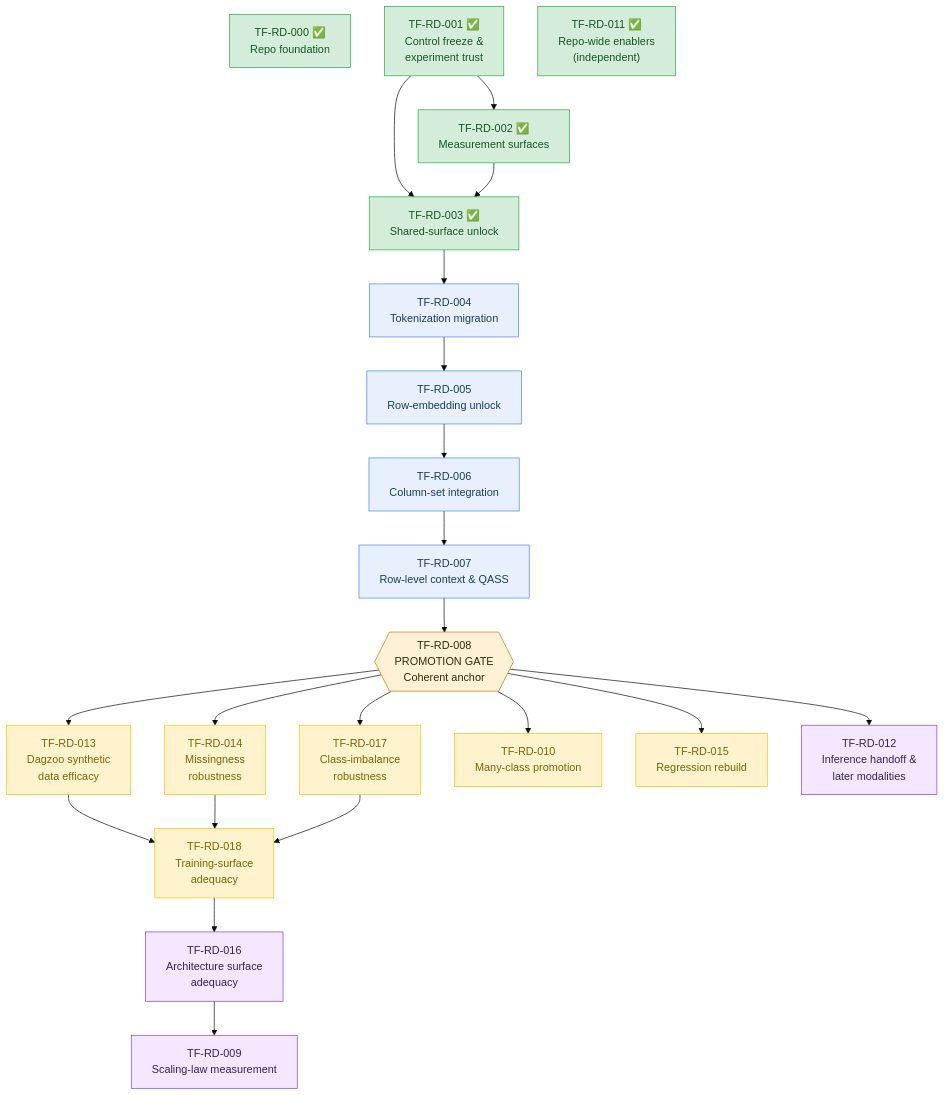
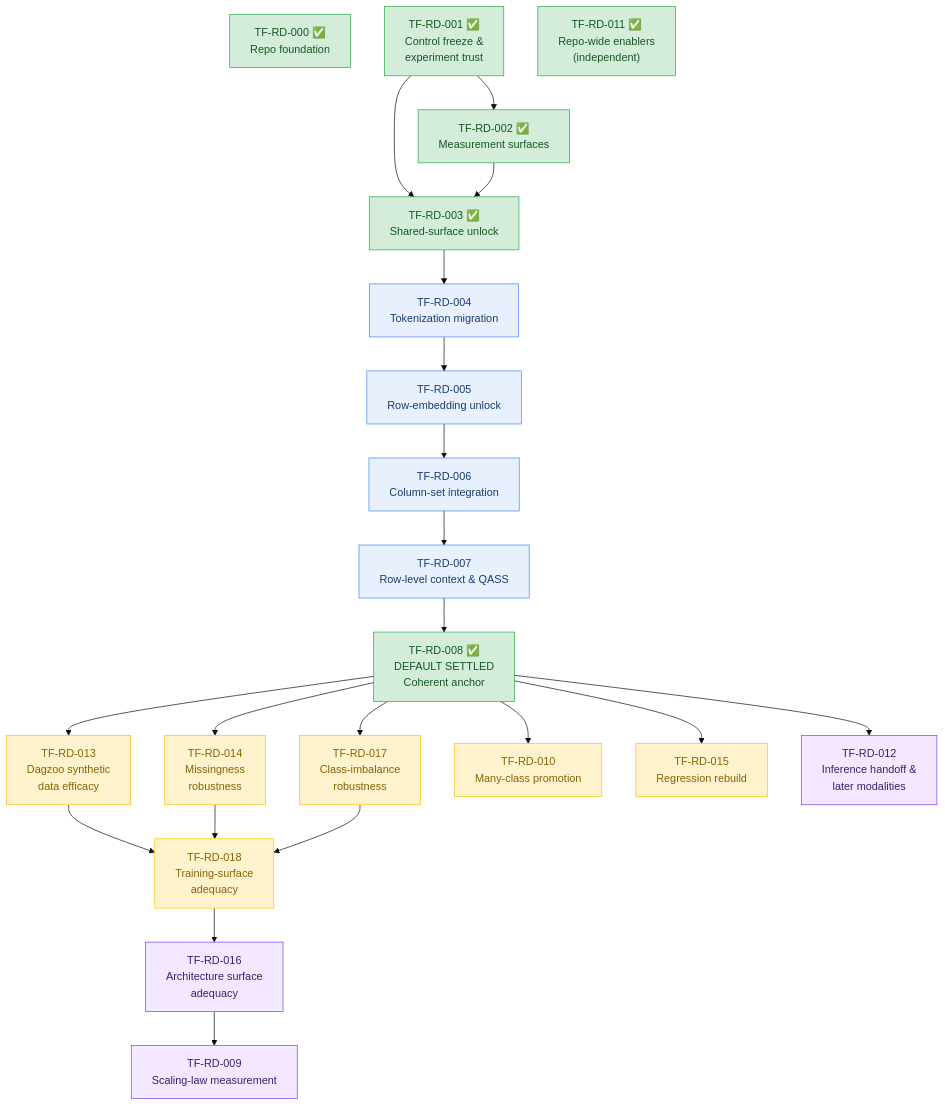
Before and after one commit to bensonlee5/tab-foundry: the diagram in docs/development/roadmap.md, drawn with Mermaid (base theme). The commit also changed other lines of this file and 26 other files, not shown here.

````diff
--- a/docs/development/roadmap.md
+++ b/docs/development/roadmap.md
@@ -128,56 +129,55 @@
 ```mermaid
 flowchart TD
     RD000["TF-RD-000 ✅<br/>Repo foundation"]
 
     RD001["TF-RD-001 ✅<br/>Control freeze &<br/>experiment trust"]
     RD002["TF-RD-002 ✅<br/>Measurement surfaces"]
     RD011["TF-RD-011 ✅<br/>Repo-wide enablers<br/>(independent)"]
 
     RD003["TF-RD-003 ✅<br/>Shared-surface unlock"]
     RD004["TF-RD-004<br/>Tokenization migration"]
     RD005["TF-RD-005<br/>Row-embedding unlock"]
     RD006["TF-RD-006<br/>Column-set integration"]
     RD007["TF-RD-007<br/>Row-level context & QASS"]
-    RD008{{"TF-RD-008<br/>PROMOTION GATE<br/>Coherent anchor"}}
+    RD008["TF-RD-008 ✅<br/>DEFAULT SETTLED<br/>Coherent anchor"]
     RD013["TF-RD-013<br/>Dagzoo synthetic<br/>data efficacy"]
     RD014["TF-RD-014<br/>Missingness<br/>robustness"]
     RD017["TF-RD-017<br/>Class-imbalance<br/>robustness"]
     RD018["TF-RD-018<br/>Training-surface<br/>adequacy"]
     RD010["TF-RD-010<br/>Many-class promotion"]
     RD015["TF-RD-015<br/>Regression rebuild"]
     RD016["TF-RD-016<br/>Architecture surface<br/>adequacy"]
     RD009["TF-RD-009<br/>Scaling-law measurement"]
     RD012["TF-RD-012<br/>Inference handoff &<br/>later modalities"]
 
     RD001 --> RD002
     RD001 --> RD003
     RD002 --> RD003
     RD003 --> RD004
     RD004 --> RD005
     RD005 --> RD006
     RD006 --> RD007
     RD007 --> RD008
     RD008 --> RD013
     RD008 --> RD014
     RD008 --> RD017
     RD013 --> RD018
     RD014 --> RD018
     RD017 --> RD018
     RD008 --> RD010
     RD008 --> RD015
     RD018 --> RD016
     RD016 --> RD009
     RD008 --> RD012
 
     classDef done fill:#d4edda,stroke:#28a745,color:#155724;
     classDef readyNow fill:#fff3cd,stroke:#ffc107,color:#856404;
     classDef chain fill:#e8f0fe,stroke:#4285f4,color:#1a3d6e;
     classDef gate fill:#fff1d6,stroke:#c67a00,color:#3d2a00;
     classDef later fill:#f3e8ff,stroke:#7c3aed,color:#3b1f6e;
 
-    class RD000,RD001,RD002,RD003,RD011 done;
+    class RD000,RD001,RD002,RD003,RD008,RD011 done;
     class RD004,RD005,RD006,RD007 chain;
-    class RD008 gate;
     class RD013,RD014,RD017,RD018,RD010,RD015 readyNow;
     class RD016,RD009,RD012 later;
 ```
````
